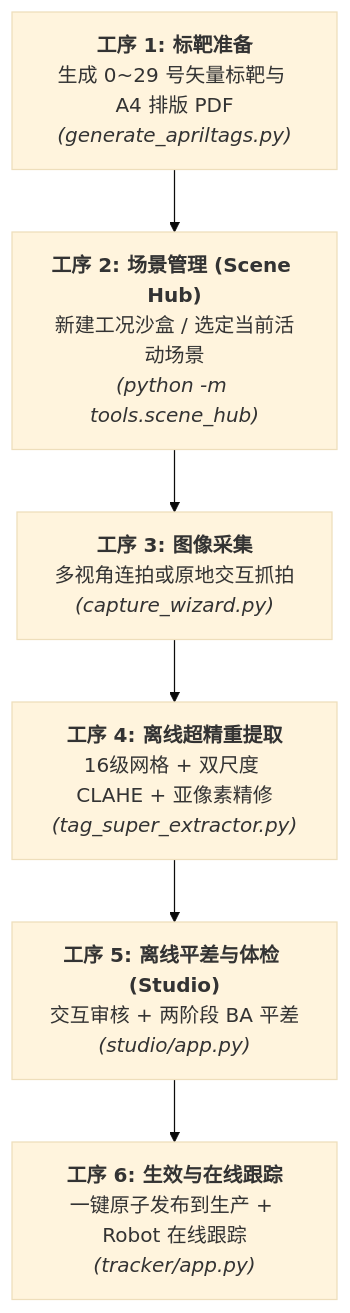
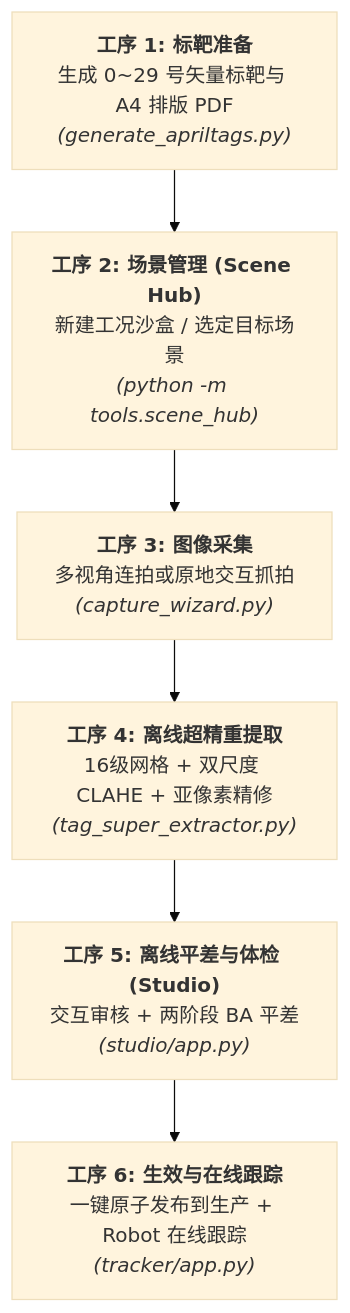
One commit to voicevon/flux_vision_3d changed the second of 3 diagrams in README.md. Above: the diagram before and after it, drawn with Mermaid (base theme). The commit also changed other lines of this file and 21 other files, not shown here.

````diff
--- a/README.md
+++ b/README.md
@@ -161,11 +161,11 @@
 ```mermaid
 flowchart TD
     S1["<b>工序 1: 标靶准备</b><br>生成 0~29 号矢量标靶与 A4 排版 PDF<br><i>(generate_apriltags.py)</i>"]
-    S2["<b>工序 2: 场景管理 (Scene Hub)</b><br>新建工况沙盒 / 选定当前活动场景<br><i>(python -m tools.scene_hub)</i>"]
+    S2["<b>工序 2: 场景管理 (Scene Hub)</b><br>新建工况沙盒 / 选定目标场景<br><i>(python -m tools.scene_hub)</i>"]
     S3["<b>工序 3: 图像采集</b><br>多视角连拍或原地交互抓拍<br><i>(capture_wizard.py)</i>"]
     S4["<b>工序 4: 离线超精重提取</b><br>16级网格 + 双尺度 CLAHE + 亚像素精修<br><i>(tag_super_extractor.py)</i>"]
     S5["<b>工序 5: 离线平差与体检 (Studio)</b><br>交互审核 + 两阶段 BA 平差<br><i>(studio/app.py)</i>"]
     S6["<b>工序 6: 生效与在线跟踪</b><br>一键原子发布到生产 + Robot 在线跟踪<br><i>(tracker/app.py)</i>"]
 
     S1 --> S2 --> S3 --> S4 --> S5 --> S6
 ```
````
